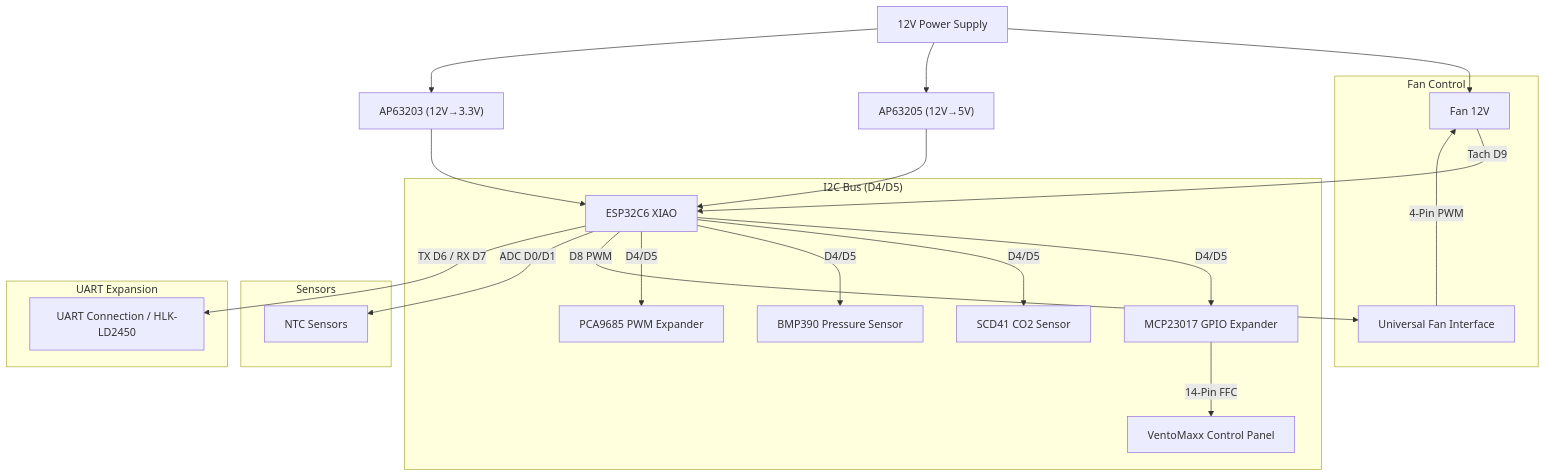
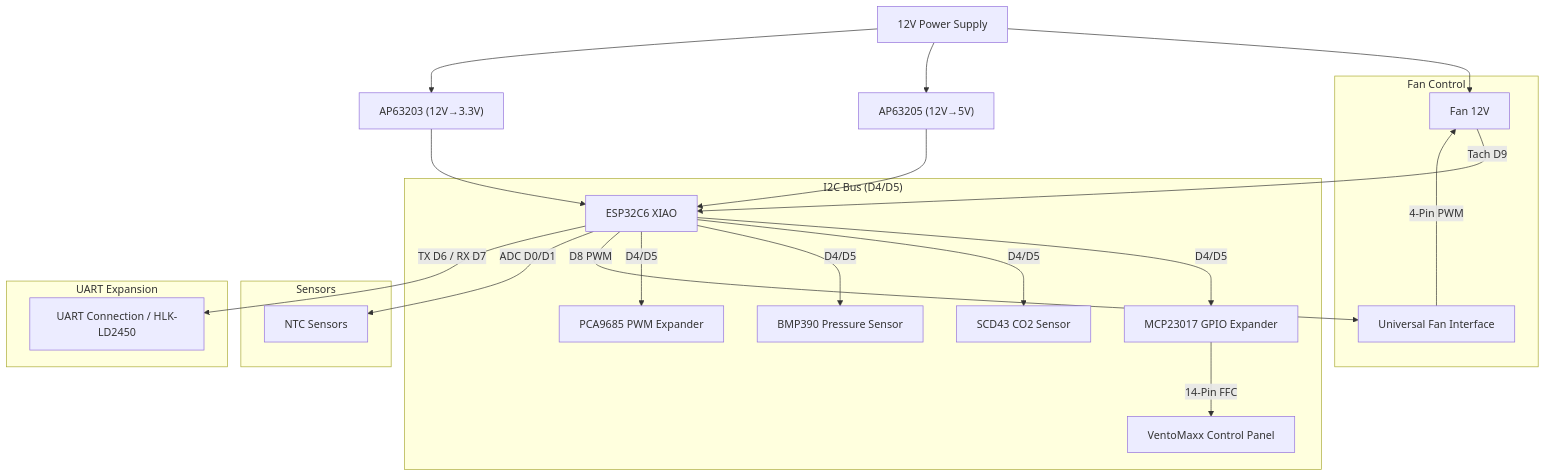
The diagram in documentation/en/en_hardware-and-wiring.md (thomasengeroff-dotcom/ESPHome-Wohnraumlueftung), drawn with Mermaid before and after one commit. The commit also changed other lines of this file and 29 other files, not shown here.

````diff
--- a/documentation/en/en_hardware-and-wiring.md
+++ b/documentation/en/en_hardware-and-wiring.md
@@ -69,30 +69,30 @@
 ```mermaid
 graph TD
     PSU[12V Power Supply] --> FAN[Fan Motor]
     PSU --> AP5V["AP63205 (12V→5V)"]
     PSU --> AP3V["AP63203 (12V→3.3V)"]
     AP5V --> XIAO[ESP32C6 XIAO]
     AP3V --> XIAO
 
     subgraph Digital_Bus_I2C ["I2C Bus (D4/D5)"]
     XIAO -->|D4/D5| MCP[MCP23017 GPIO Expander]
-    XIAO -->|D4/D5| SCD41[SCD41 CO2 Sensor]
+    XIAO -->|D4/D5| SCD43[SCD43 CO2 Sensor]
     XIAO -->|D4/D5| BMP390[BMP390 Pressure Sensor]
     XIAO -->|D4/D5| PCA9685[PCA9685 PWM Expander]
     MCP -->|14-Pin FFC| PANEL[VentoMaxx Control Panel]
     end
 
     subgraph Power_Fan ["Fan Control"]
     XIAO -->|D8 PWM| FAN_CTRL[Universal Fan Interface]
     FAN_CTRL -->|4-Pin PWM| FAN[Fan 12V]
     FAN -->|Tach D9| XIAO
     end
 
     subgraph Sensors ["Sensors"]
     XIAO -->|ADC D0/D1| NTCS[NTC Sensors]
     end
 
     subgraph UART_EXT ["UART Expansion"]
     XIAO -->|TX D6 / RX D7| UART_CON[UART Connection / HLK-LD2450]
     end
 ```
````
